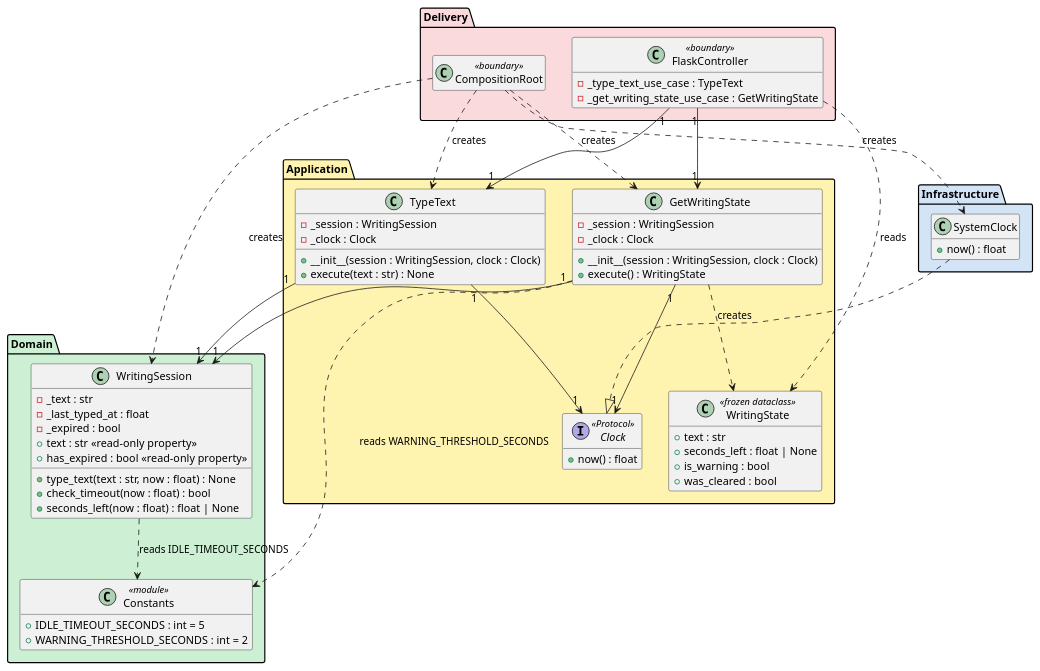
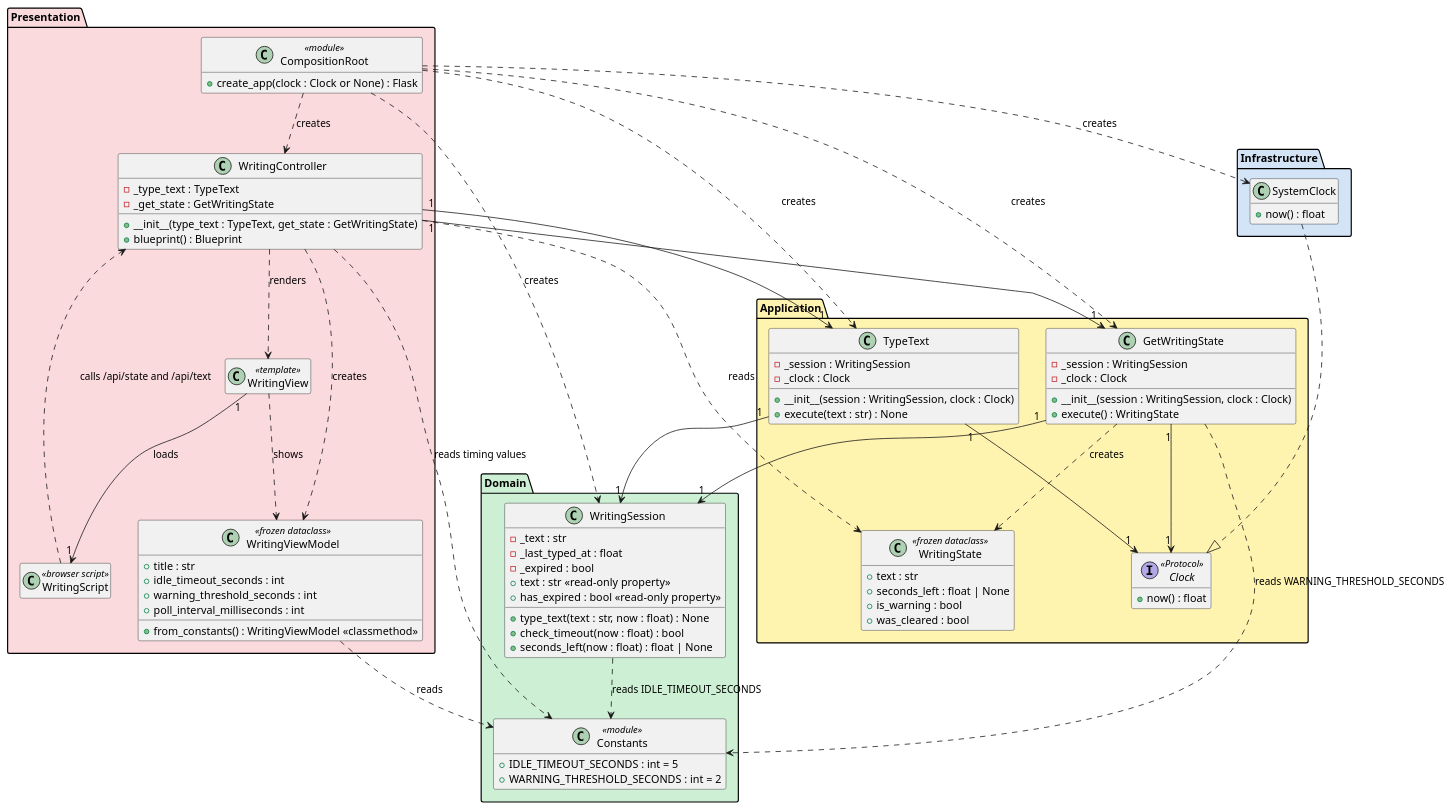
The first of 2 diagrams in docs/dcd.md (Tirsvad-Udemy-100-days-of-code/090-assignment-disappearing-text-writing-app), drawn with PlantUML before and after one commit. The commit also changed other lines of this file and 8 other files, not shown here.

Commit message:
Design the Flask presentation layer in the class diagrams (MIL-003)

````diff
--- a/docs/dcd.md
+++ b/docs/dcd.md
@@ -22,12 +23,25 @@
 ```plantuml
 @startuml
 hide empty members
-package "Delivery" #FADADD {
-  class CompositionRoot <<boundary>>
-  class FlaskController <<boundary>> {
-    -_type_text_use_case : TypeText
-    -_get_writing_state_use_case : GetWritingState
+package "Presentation" #FADADD {
+  class CompositionRoot <<module>> {
+    +create_app(clock : Clock or None) : Flask
   }
+  class WritingController {
+    -_type_text : TypeText
+    -_get_state : GetWritingState
+    +__init__(type_text : TypeText, get_state : GetWritingState)
+    +blueprint() : Blueprint
+  }
+  class WritingViewModel <<frozen dataclass>> {
+    +title : str
+    +idle_timeout_seconds : int
+    +warning_threshold_seconds : int
+    +poll_interval_milliseconds : int
+    +from_constants() : WritingViewModel <<classmethod>>
+  }
+  class WritingView <<template>>
+  class WritingScript <<browser script>>
 }
 package "Application" #FFF3B0 {
   interface Clock <<Protocol>> {
@@ -73,13 +87,21 @@
     +now() : float
   }
 }
-FlaskController "1" --> "1" TypeText
-FlaskController "1" --> "1" GetWritingState
-FlaskController ..> WritingState : reads
+WritingController "1" --> "1" TypeText
+WritingController "1" --> "1" GetWritingState
+WritingController ..> WritingState : reads
+WritingController ..> WritingViewModel : creates
+WritingController ..> WritingView : renders
+WritingController ..> Constants : reads timing values
+WritingViewModel ..> Constants : reads
+WritingView ..> WritingViewModel : shows
+WritingView "1" --> "1" WritingScript : loads
+WritingScript ..> WritingController : calls /api/state and /api/text
 CompositionRoot ..> WritingSession : creates
 CompositionRoot ..> SystemClock : creates
 CompositionRoot ..> TypeText : creates
 CompositionRoot ..> GetWritingState : creates
+CompositionRoot ..> WritingController : creates
 TypeText "1" --> "1" WritingSession
 TypeText "1" --> "1" Clock
 GetWritingState "1" --> "1" WritingSession
````
